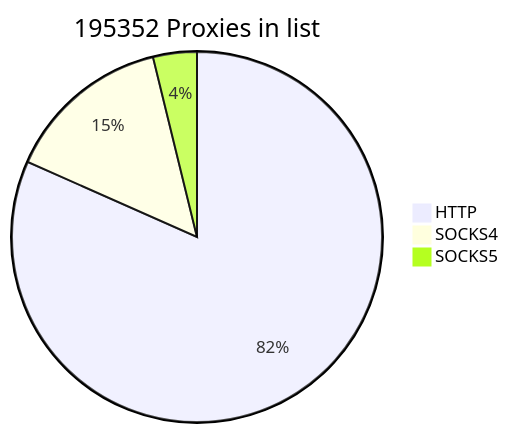
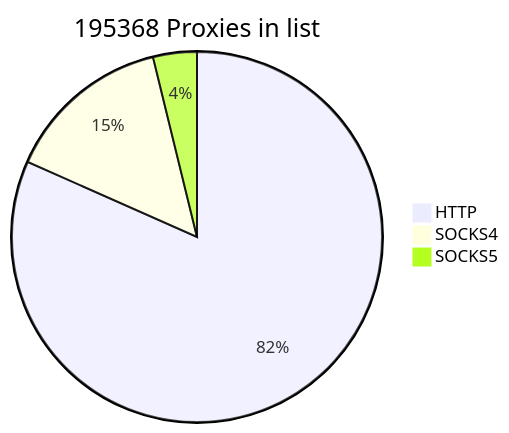
One commit to cutipu/proxylist changed the first of 2 diagrams in README.md. Above: the diagram before and after it, drawn with Mermaid. The commit also changed other lines of this file, not shown here.

````diff
--- a/README.md
+++ b/README.md
@@ -2,7 +2,7 @@
 ```mermaid
-pie title 195352 Proxies in list
-    "HTTP" : 159489
-    "SOCKS4" : 28400
-    "SOCKS5" : 7463
+pie title 195368 Proxies in list
+    "HTTP" : 159502
+    "SOCKS4" : 28402
+    "SOCKS5" : 7464
             
 ```
````
